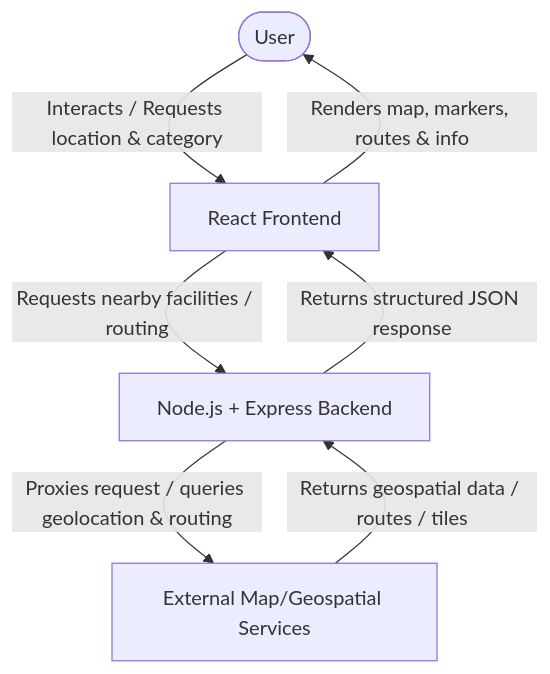
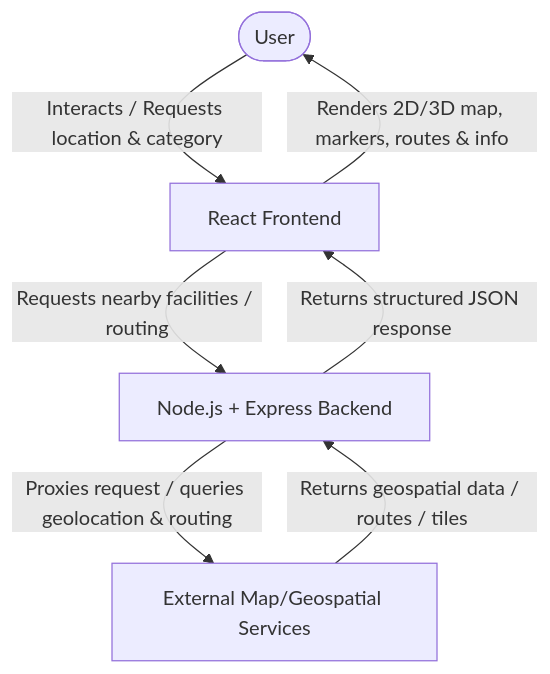
The diagram in docs/02_Technical_Architecture.md (JinayShah10/ResQMap), drawn with Mermaid before and after one commit. The commit also changed other lines of this file and 4 other files, not shown here.

Commit message:
Architecture Updated

````diff
--- a/docs/02_Technical_Architecture.md
+++ b/docs/02_Technical_Architecture.md
@@ -35,9 +72,9 @@
 ```mermaid
 graph TD
     User([User]) -->|Interacts / Requests location & category| Frontend[React Frontend]
     Frontend -->|Requests nearby facilities / routing| Backend[Node.js + Express Backend]
     Backend -->|Proxies request / queries geolocation & routing| GeoServices[External Map/Geospatial Services]
     GeoServices -->|Returns geospatial data / routes / tiles| Backend
     Backend -->|Returns structured JSON response| Frontend
-    Frontend -->|Renders map, markers, routes & info| User
+    Frontend -->|Renders 2D/3D map, markers, routes & info| User
 ```
````
